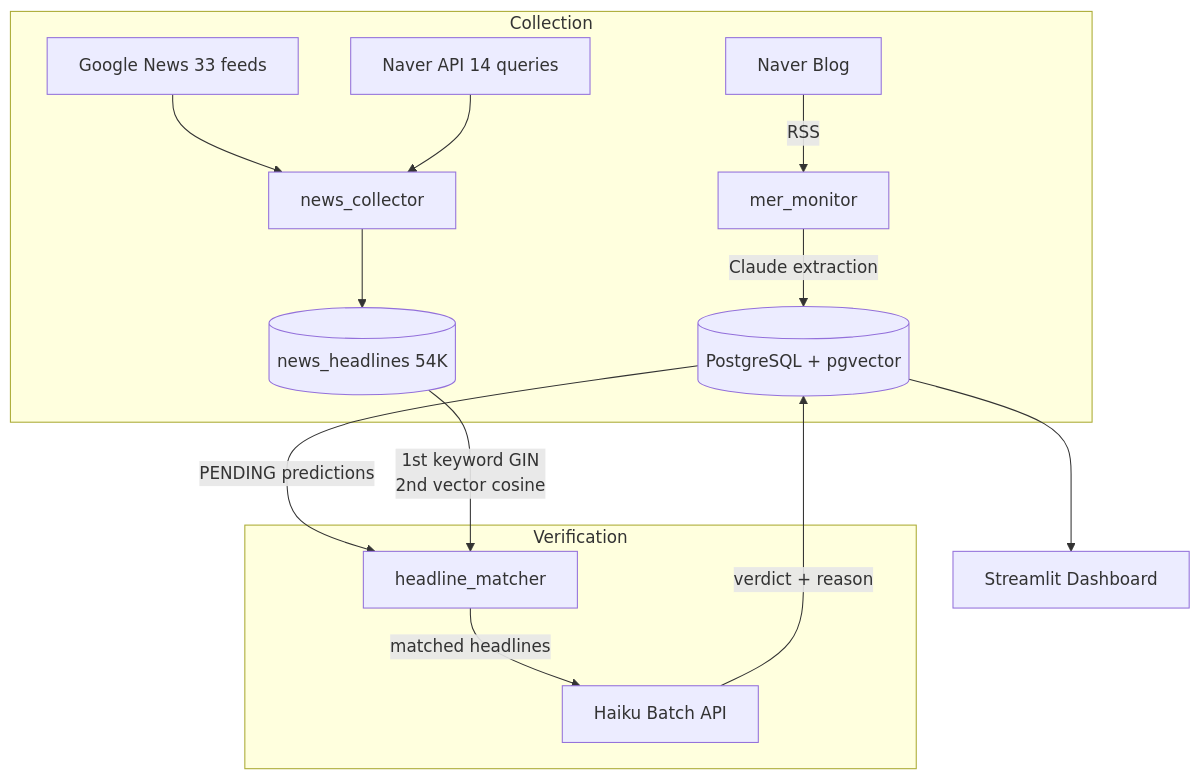
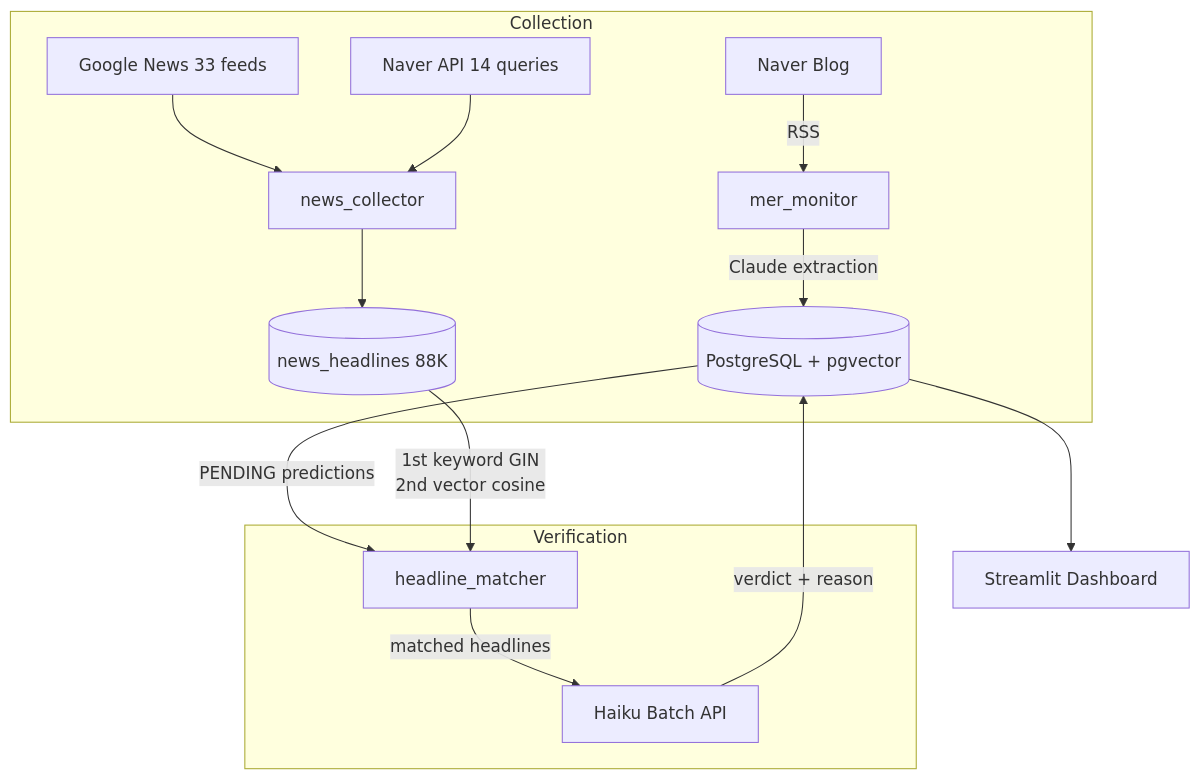
Before and after one commit to 11e3/mer-insight-pipeline: the diagram in README.md, drawn with Mermaid. The commit also changed other lines of this file, not shown here.

````diff
--- a/README.md
+++ b/README.md
@@ -34,19 +46,19 @@
 ```mermaid
 flowchart TD
     subgraph Collection
         BLOG[Naver Blog] -->|RSS| MON[mer_monitor]
         MON -->|Claude extraction| DB[(PostgreSQL + pgvector)]
         NEWS_RSS[Google News 33 feeds] --> NC[news_collector]
         NEWS_NAVER[Naver API 14 queries] --> NC
-        NC --> NHL[(news_headlines 54K)]
+        NC --> NHL[(news_headlines 88K)]
     end
 
     subgraph Verification
         DB -->|PENDING predictions| HM[headline_matcher]
         NHL -->|1st keyword GIN<br>2nd vector cosine| HM
         HM -->|matched headlines| HAIKU[Haiku Batch API]
         HAIKU -->|verdict + reason| DB
     end
 
     DB --> DASH[Streamlit Dashboard]
 ```
````
